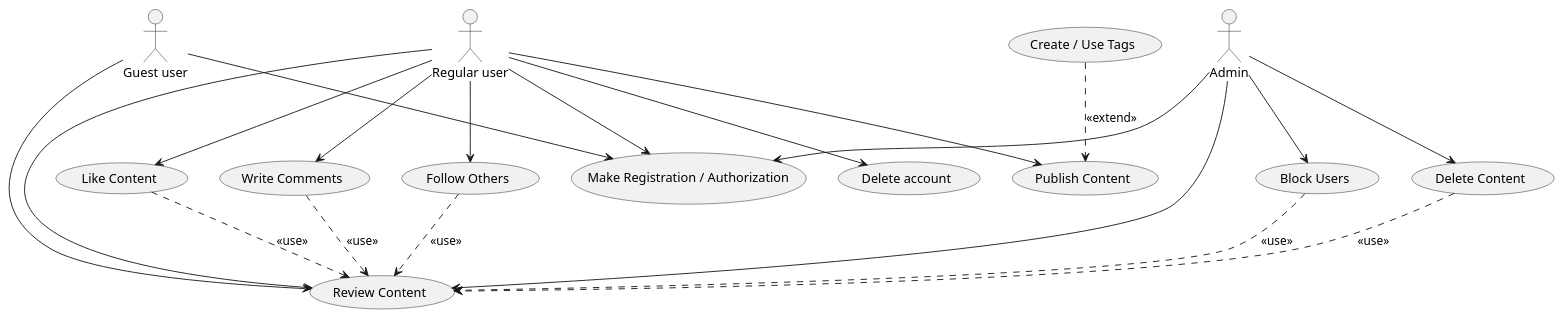
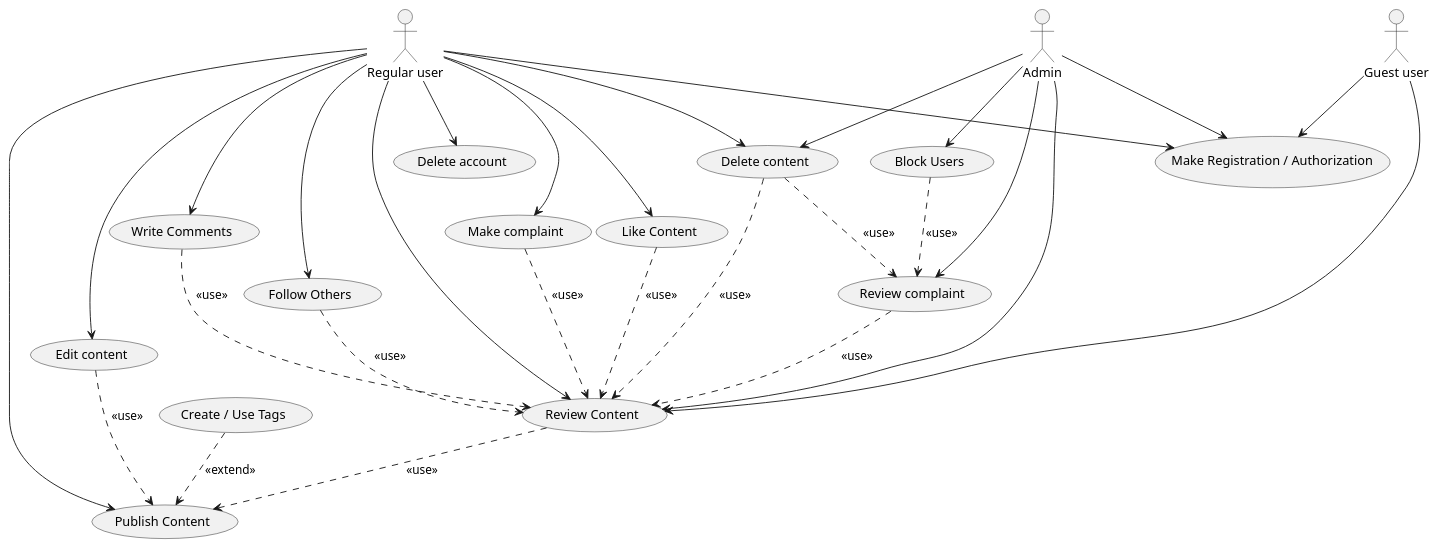
The diagram in KPILab2/README.md (Useraccont1507/KPILab1), drawn with PlantUML before and after one commit. The commit also changed 2 other files, not shown here.

````diff
--- a/KPILab2/README.md
+++ b/KPILab2/README.md
@@ -19,40 +19,53 @@
 ```PlantUML
 @startuml
 actor "Guest user" as Guest
 actor "Regular user" as User
 actor "Admin" as Admin
 
 usecase "Review Content" as RC
 usecase "Like Content" as LC
 usecase "Write Comments" as WC
 usecase "Follow Others" as FO
 usecase "Block Users" as BU
 usecase "Delete Content" as DC
 usecase "Publish Content" as PC
 usecase "Create / Use Tags" as Tags
 usecase "Make Registration / Authorization" as Auth
 usecase "Delete account" as DA
+usecase "Delete content" as DC
+usecase "Edit content" as EC
+usecase "Make complaint" as MC
+usecase "Review complaint" as RCP
 
 Admin --> Auth
 Guest --> Auth
 Guest --> RC
 User --> DA
 User --> RC
+User --> DC
+User --> EC
 Admin --> RC
 User --> PC
 User --> Auth
 User --> FO
 User --> LC
 User --> WC
+User --> MC
 Admin --> BU
 Admin --> DC
-BU ..> RC : <<use>>
+Admin --> RCP
+BU ..> RCP : <<use>>
 DC ..> RC : <<use>>
 LC ..> RC : <<use>>
 WC ..> RC : <<use>>
 FO ..> RC : <<use>>
+DC ..> RCP : <<use>>
+EC ..> PC : <<use>>
+RC ..> PC : <<use>>
+MC ..> RC : <<use>>
+RCP ..> RC : <<use>>
 
 Tags ..> PC : <<extend>>
 
 @enduml
 ```
````
